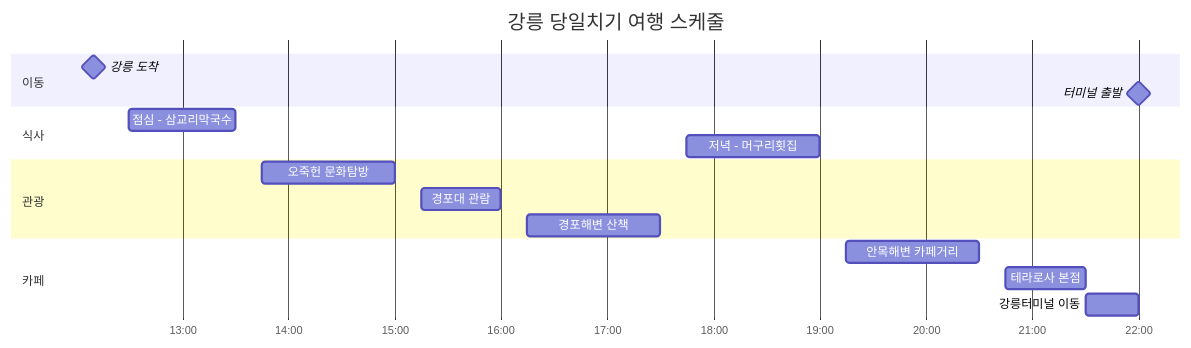
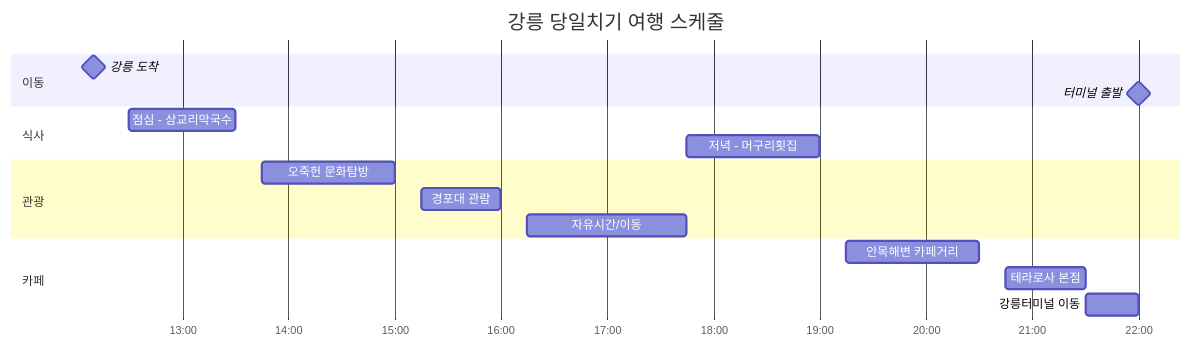
The fourth of 6 diagrams in travel-course-mermaid.md (didghwns0514/matjib_search), drawn with Mermaid before and after one commit. The commit also changed other lines of this file and 1 other file, not shown here.

````diff
--- a/travel-course-mermaid.md
+++ b/travel-course-mermaid.md
@@ -107,24 +104,24 @@
 ```mermaid
 gantt
     title 강릉 당일치기 여행 스케줄
     dateFormat HH:mm
     axisFormat %H:%M
     
     section 이동
     강릉 도착           :milestone, arrival, 12:10, 0m
     터미널 출발         :milestone, departure, 22:00, 0m
     
     section 식사
     점심 - 삼교리막국수    :lunch, 12:30, 60m
     저녁 - 머구리횟집      :dinner, 17:45, 75m
     
     section 관광
     오죽헌 문화탐방       :culture, 13:45, 75m
     경포대 관람          :gyeongpo-pavilion, 15:15, 45m
-    경포해변 산책        :beach-walk, 16:15, 75m
+    자유시간/이동         :free-time, 16:15, 90m
     
     section 카페
     안목해변 카페거리     :cafe1, 19:15, 75m
     테라로사 본점        :cafe2, 20:45, 45m
     강릉터미널 이동       :terminal, 21:30, 30m
 ```
````
